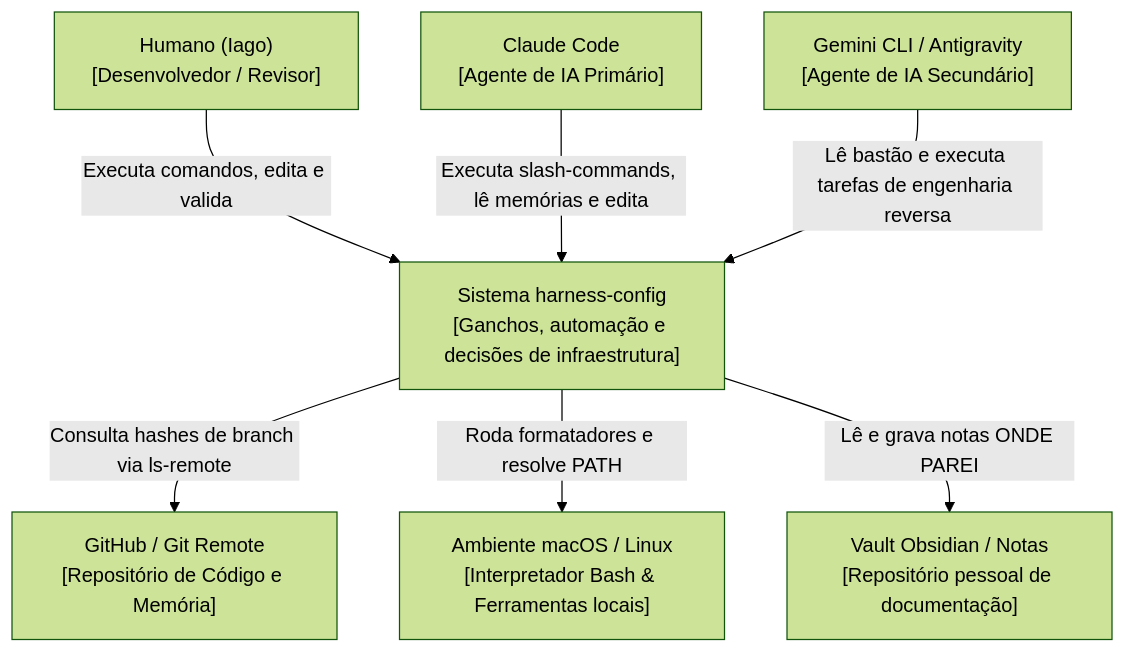
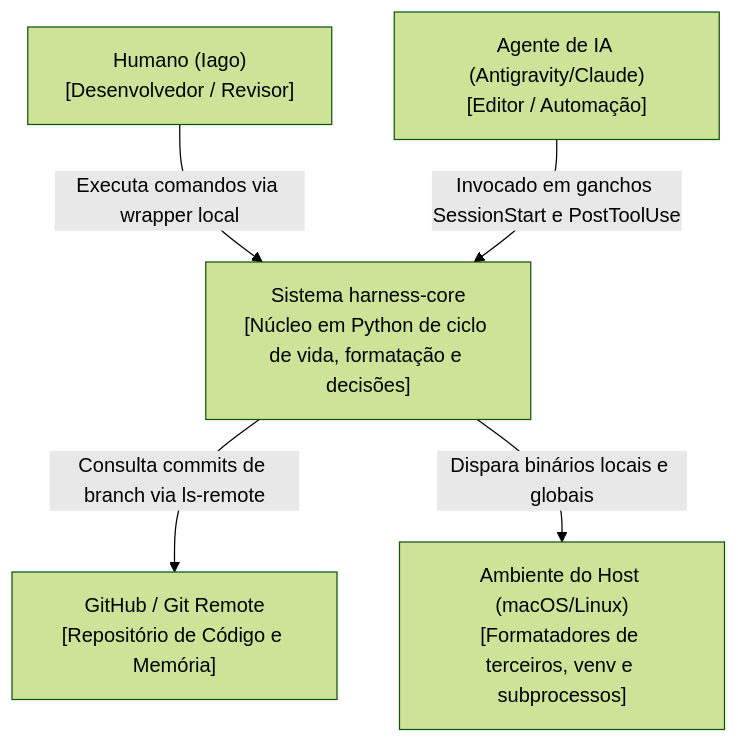
One commit to iago-leal/harness-config changed the diagram in _reversa_sdd/c4-context.md. Above: the diagram before and after it, drawn with Mermaid (forest theme). The commit also changed other lines of this file and 47 other files, not shown here.

````diff
--- a/_reversa_sdd/c4-context.md
+++ b/_reversa_sdd/c4-context.md
@@ -10,25 +10,21 @@
 ```mermaid
 graph TB
     %% Atores
     User["Humano (Iago)<br/>[Desenvolvedor / Revisor]"]
-    Claude["Claude Code<br/>[Agente de IA Primário]"]
-    Gemini["Gemini CLI / Antigravity<br/>[Agente de IA Secundário]"]
+    IA_Agent["Agente de IA (Antigravity/Claude)<br/>[Editor / Automação]"]
 
     %% Sistema Central
-    Harness["Sistema harness-config<br/>[Ganchos, automação e decisões de infraestrutura]"]
+    HarnessCore["Sistema harness-core<br/>[Núcleo em Python de ciclo de vida, formatação e decisões]"]
 
     %% Sistemas Externos
     GitRemote["GitHub / Git Remote<br/>[Repositório de Código e Memória]"]
-    HostOS["Ambiente macOS / Linux<br/>[Interpretador Bash & Ferramentas locais]"]
-    Obsidian["Vault Obsidian / Notas<br/>[Repositório pessoal de documentação]"]
+    HostOS["Ambiente do Host (macOS/Linux)<br/>[Formatadores de terceiros, venv e subprocessos]"]
 
     %% Relacionamentos Atores -> Sistema
-    User -->|Executa comandos, edita e valida| Harness
-    Claude -->|Executa slash-commands, lê memórias e edita| Harness
-    Gemini -->|Lê bastão e executa tarefas de engenharia reversa| Harness
+    User -->|Executa comandos via wrapper local| HarnessCore
+    IA_Agent -->|Invocado em ganchos SessionStart e PostToolUse| HarnessCore
 
     %% Relacionamentos Sistema -> Sistemas Externos
-    Harness -->|Consulta hashes de branch via ls-remote| GitRemote
-    Harness -->|Roda formatadores e resolve PATH| HostOS
-    Harness -->|Lê e grava notas ONDE PAREI| Obsidian
+    HarnessCore -->|Consulta commits de branch via ls-remote| GitRemote
+    HarnessCore -->|Dispara binários locais e globais| HostOS
 ```
````
